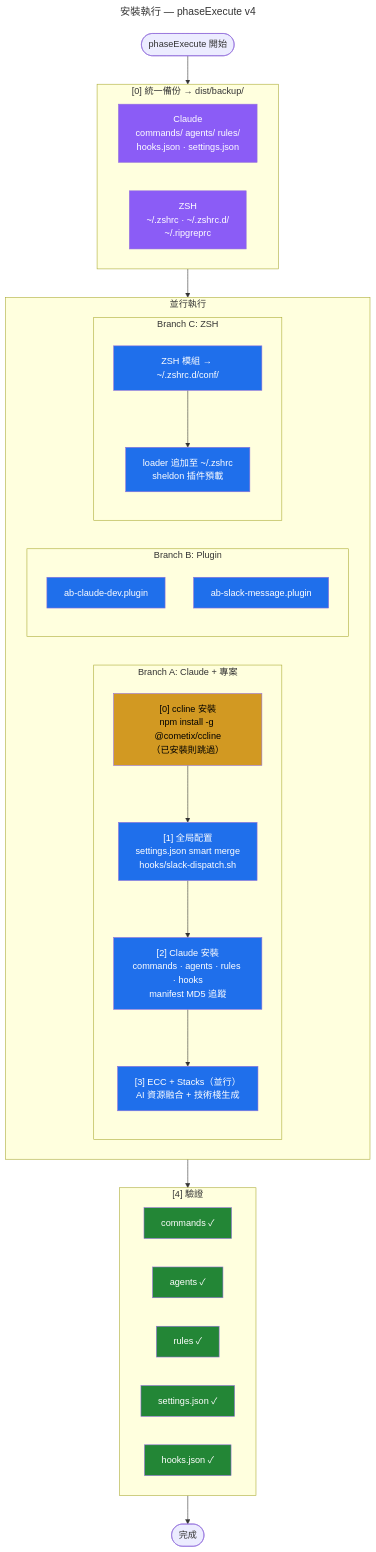
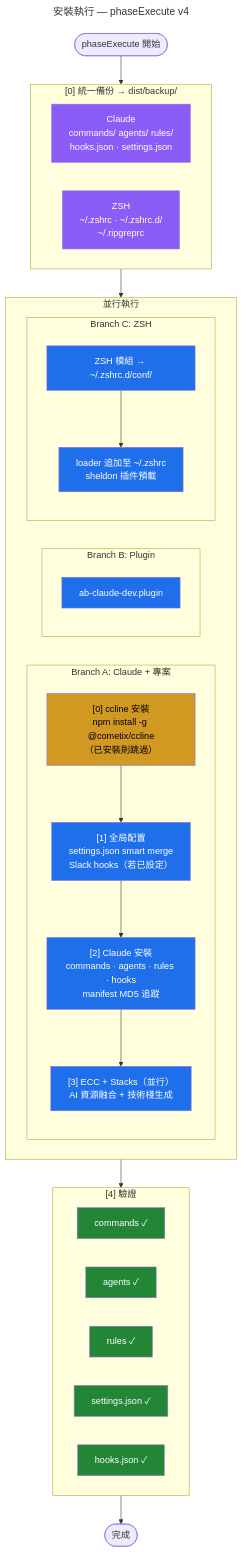
One commit to AlvinBian/ab-tao changed the diagram in apps/dotfiles/docs/flows/phase-execute.mmd. Above: the diagram before and after it, drawn with Mermaid. The commit also changed 2 other files, not shown here.

Commit message:
docs(dotfiles): 更新 feature-map / setup-main / phase-execute 流程圖
- feature-map：移除獨立 Slack 子圖，合併為 Claude Code 的可略過子步驟
- setup-main：移除 has Slack? 分支節點，更新功能選擇說明
- phase-execute：移除 ab-slack-message.plugin，更新全局配置描述

```diff
--- a/apps/dotfiles/docs/flows/phase-execute.mmd
+++ b/apps/dotfiles/docs/flows/phase-execute.mmd
@@ -1,64 +1,63 @@
 ---
 title: 安裝執行 — phaseExecute v4
 description: 統一備份 → 3 路並行（Claude/Plugin/ZSH）→ 驗證
 links:
   - config-protection: 配置保護策略
   - setup-main: 返回主流程
 ---
 flowchart TD
     Start([phaseExecute 開始]) --> E0
 
     subgraph E0 ["[0] 統一備份 → dist/backup/"]
         direction LR
         B1["Claude<br/>commands/ agents/ rules/<br/>hooks.json · settings.json"]
         B2["ZSH<br/>~/.zshrc · ~/.zshrc.d/<br/>~/.ripgreprc"]
     end
 
     E0 --> PAR
 
     subgraph PAR ["並行執行"]
         direction LR
 
         subgraph A ["Branch A: Claude + 專案"]
             direction TB
             A0["[0] ccline 安裝<br/>npm install -g @cometix/ccline<br/>（已安裝則跳過）"]
-            A0 --> A1["[1] 全局配置<br/>settings.json smart merge<br/>hooks/slack-dispatch.sh"]
+            A0 --> A1["[1] 全局配置<br/>settings.json smart merge<br/>Slack hooks（若已設定）"]
             A1 --> A2["[2] Claude 安裝<br/>commands · agents · rules · hooks<br/>manifest MD5 追蹤"]
             A2 --> A3["[3] ECC + Stacks（並行）<br/>AI 資源融合 + 技術棧生成"]
         end
 
         subgraph B ["Branch B: Plugin"]
             direction TB
             B3["ab-claude-dev.plugin"]
-            B4["ab-slack-message.plugin"]
         end
 
         subgraph C ["Branch C: ZSH"]
             direction TB
             C1["ZSH 模組 → ~/.zshrc.d/conf/"]
             C1 --> C2["loader 追加至 ~/.zshrc<br/>sheldon 插件預載"]
         end
     end
 
     PAR --> E5
 
     subgraph E5 ["[4] 驗證"]
         direction LR
         V1["commands ✓"]
         V2["agents ✓"]
         V3["rules ✓"]
         V4["settings.json ✓"]
         V5["hooks.json ✓"]
     end
 
     E5 --> End([完成])
 
     classDef backup fill:#8b5cf6,color:#fff
     classDef parallel fill:#1f6feb,color:#fff
     classDef verify fill:#238636,color:#fff
     classDef new fill:#d29922,color:#000
 
     class B1,B2 backup
-    class A0,A1,A2,A3,B3,B4,C1,C2 parallel
+    class A0,A1,A2,A3,B3,C1,C2 parallel
     class V1,V2,V3,V4,V5 verify
     class A0 new
```
